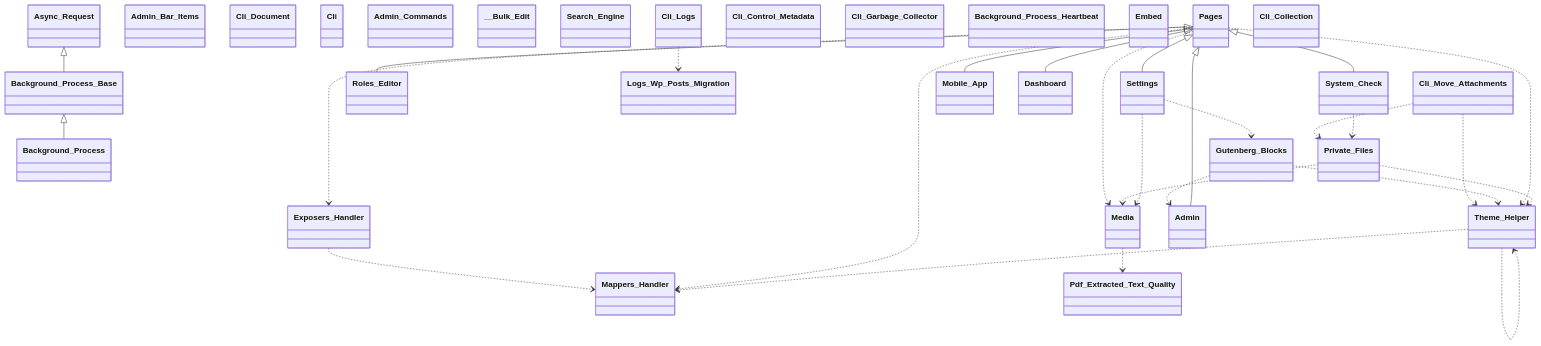
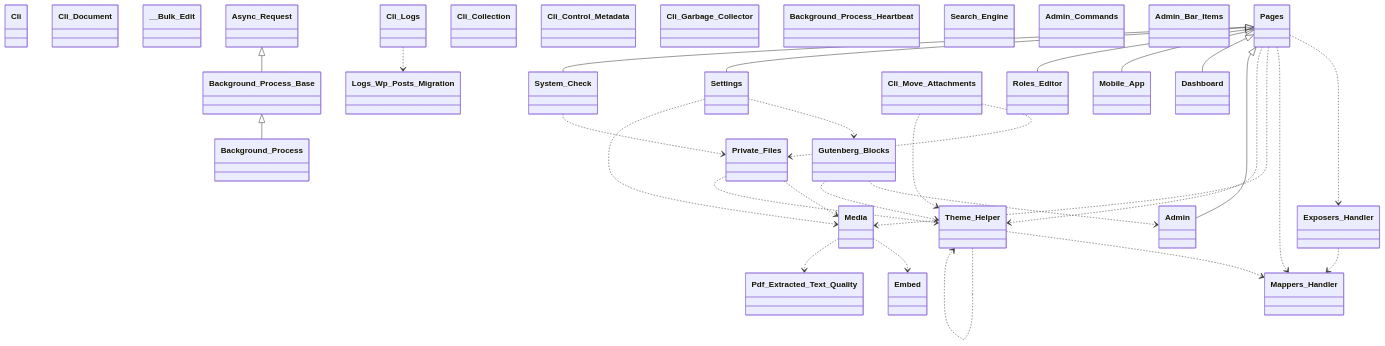
Before and after one commit to tainacan/tainacan: the first of 13 diagrams in docs/phpdoc/Home.md, drawn with Mermaid. The commit also changed 62 other files, not shown here.

````diff
--- a/docs/phpdoc/Home.md
+++ b/docs/phpdoc/Home.md
@@ -125,61 +125,62 @@
 ```mermaid
 classDiagram
     direction TB
+    class Cli { }
+    class Theme_Helper { }
+    class Gutenberg_Blocks { }
+    class Exposers_Handler { }
+    class Cli_Document { }
+    class Media { }
+    class __Bulk_Edit { }
+    class Pdf_Extracted_Text_Quality { }
+    class Roles_Editor { }
+    class Settings { }
+    class Dashboard { }
+    class Background_Process_Base { }
     class Async_Request { }
+    class Pages { }
+    class Cli_Collection { }
+    class Cli_Control_Metadata { }
+    class Admin { }
+    class Private_Files { }
+    class Background_Process { }
+    class Cli_Move_Attachments { }
+    class Cli_Garbage_Collector { }
+    class Background_Process_Heartbeat { }
+    class Search_Engine { }
+    class Admin_Commands { }
     class Admin_Bar_Items { }
-    class Cli_Document { }
-    class Background_Process { }
-    class Background_Process_Base { }
-    class Cli { }
-    class Mappers_Handler { }
-    class System_Check { }
-    class Gutenberg_Blocks { }
-    class Admin_Commands { }
-    class __Bulk_Edit { }
-    class Roles_Editor { }
-    class Search_Engine { }
     class Logs_Wp_Posts_Migration { }
     class Cli_Logs { }
-    class Settings { }
-    class Theme_Helper { }
-    class Cli_Control_Metadata { }
+    class Mappers_Handler { }
+    class Embed { }
+    class System_Check { }
     class Mobile_App { }
-    class Media { }
-    class Exposers_Handler { }
-    class Dashboard { }
-    class Cli_Garbage_Collector { }
-    class Background_Process_Heartbeat { }
-    class Embed { }
-    class Pages { }
-    class Pdf_Extracted_Text_Quality { }
-    class Cli_Move_Attachments { }
-    class Cli_Collection { }
-    class Private_Files { }
-    class Admin { }
     Async_Request <|-- Background_Process_Base
     Background_Process_Base <|-- Background_Process
     Cli_Logs ..> Logs_Wp_Posts_Migration
     Cli_Move_Attachments ..> Private_Files
     Cli_Move_Attachments ..> Theme_Helper
     Exposers_Handler ..> Mappers_Handler
     Gutenberg_Blocks ..> Admin
     Gutenberg_Blocks ..> Theme_Helper
+    Media ..> Embed
     Media ..> Pdf_Extracted_Text_Quality
     Pages ..> Exposers_Handler
     Pages ..> Mappers_Handler
     Pages ..> Media
     Pages ..> Theme_Helper
     Pages <|-- Admin
     Pages <|-- Dashboard
     Pages <|-- Mobile_App
     Pages <|-- Roles_Editor
     Pages <|-- Settings
     Pages <|-- System_Check
     Private_Files ..> Media
     Private_Files ..> Theme_Helper
     Settings ..> Gutenberg_Blocks
     Settings ..> Media
     System_Check ..> Private_Files
     Theme_Helper ..> Mappers_Handler
     Theme_Helper ..> Theme_Helper
 ```
````
